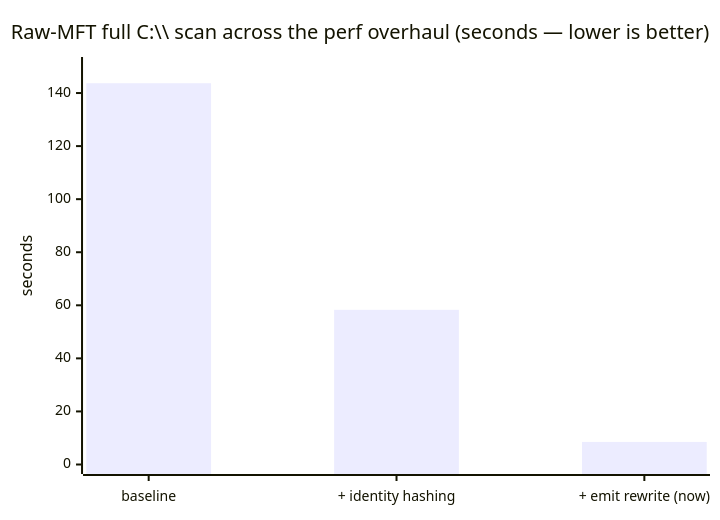
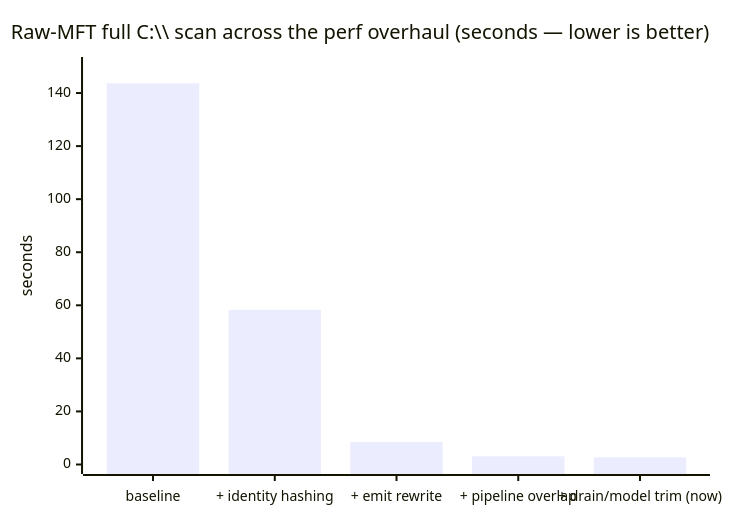
The first of 2 diagrams in README.md (marksmayo/WinBlaze), drawn with Mermaid before and after one commit. The commit also changed other lines of this file and 1 other file, not shown here.

First line of the commit message:
Record Round 3 perf numbers and refresh README graphs

````diff
--- a/README.md
+++ b/README.md
@@ -22,7 +22,7 @@
 ```mermaid
 xychart-beta
     title "Raw-MFT full C:\\ scan across the perf overhaul (seconds — lower is better)"
-    x-axis ["baseline", "+ identity hashing", "+ emit rewrite (now)"]
+    x-axis ["baseline", "+ identity hashing", "+ emit rewrite", "+ pipeline overlap", "+ drain/model trim (now)"]
     y-axis "seconds" 0 --> 150
-    bar [143.7, 58.3, 8.5]
+    bar [143.7, 58.3, 8.5, 3.1, 2.7]
 ```
````
